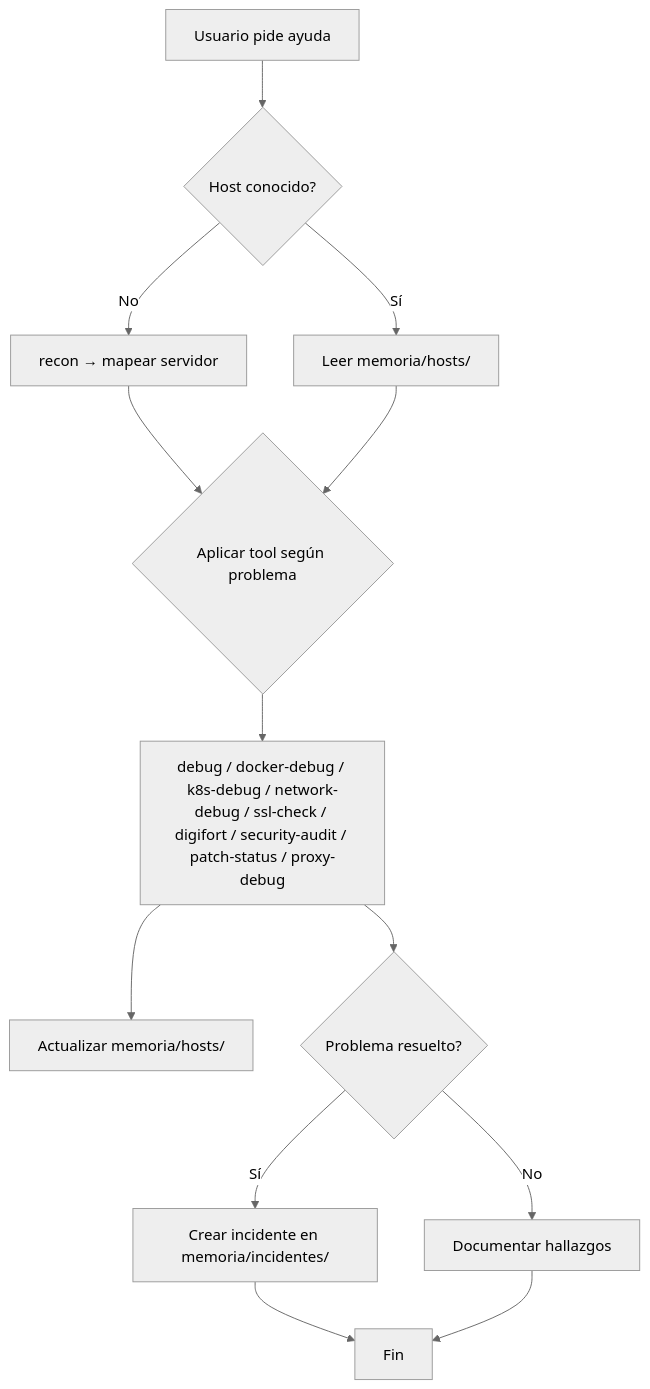
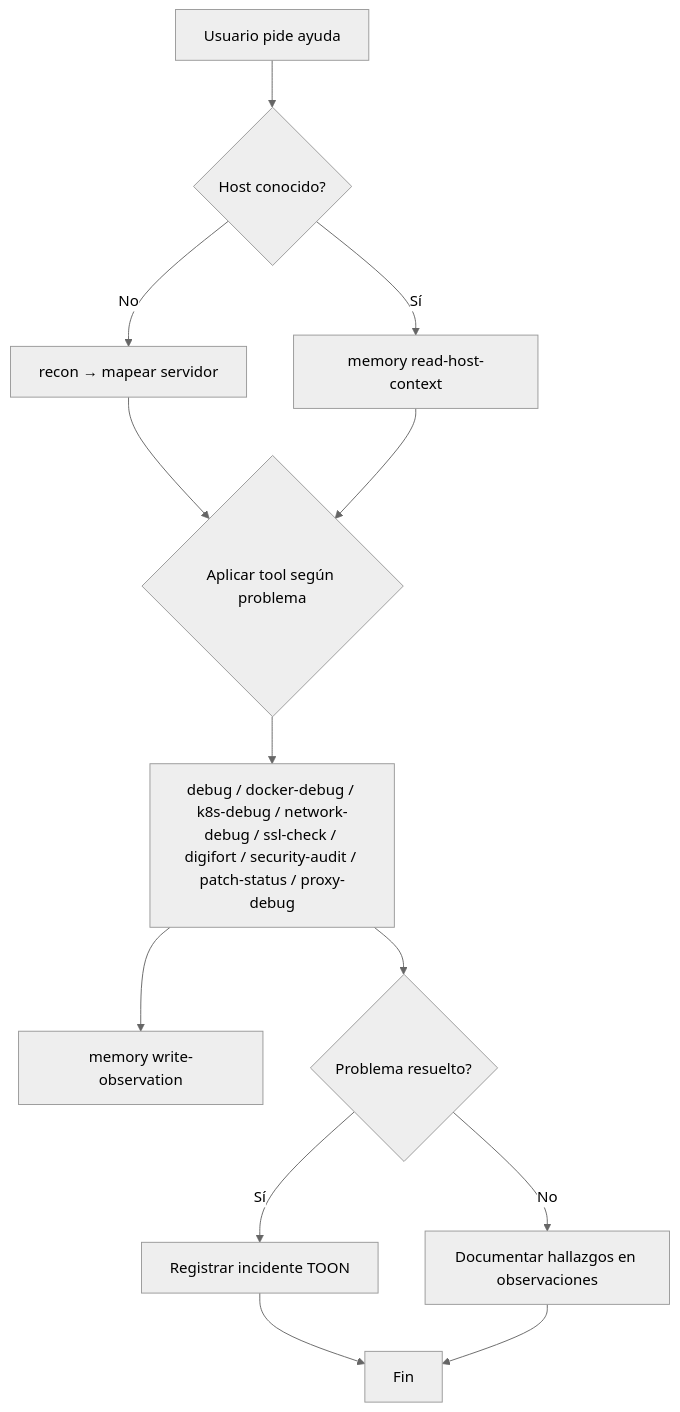
One commit to 4h1g4L0w4/Sysadmin-AI-Ecosystem changed the diagram in README.md. Above: the diagram before and after it, drawn with Mermaid (neutral theme). The commit also changed other lines of this file and 20 other files, not shown here.

Commit message:
Toon memory

````diff
--- a/README.md
+++ b/README.md
@@ -303,15 +403,15 @@
 ```mermaid
 graph TD
     A[Usuario pide ayuda] --> B{Host conocido?}
     B -->|No| C[recon → mapear servidor]
-    B -->|Sí| D[Leer memoria/hosts/]
+    B -->|Sí| D[memory read-host-context]
     C --> E{Aplicar tool según problema}
     D --> E
     E --> F[debug / docker-debug / k8s-debug / network-debug / ssl-check / digifort / security-audit / patch-status / proxy-debug]
-    F --> G[Actualizar memoria/hosts/]
+    F --> G[memory write-observation]
     F --> H{Problema resuelto?}
-    H -->|Sí| I[Crear incidente en memoria/incidentes/]
-    H -->|No| J[Documentar hallazgos]
+    H -->|Sí| I[Registrar incidente TOON]
+    H -->|No| J[Documentar hallazgos en observaciones]
     I --> K[Fin]
     J --> K
 ```
````
